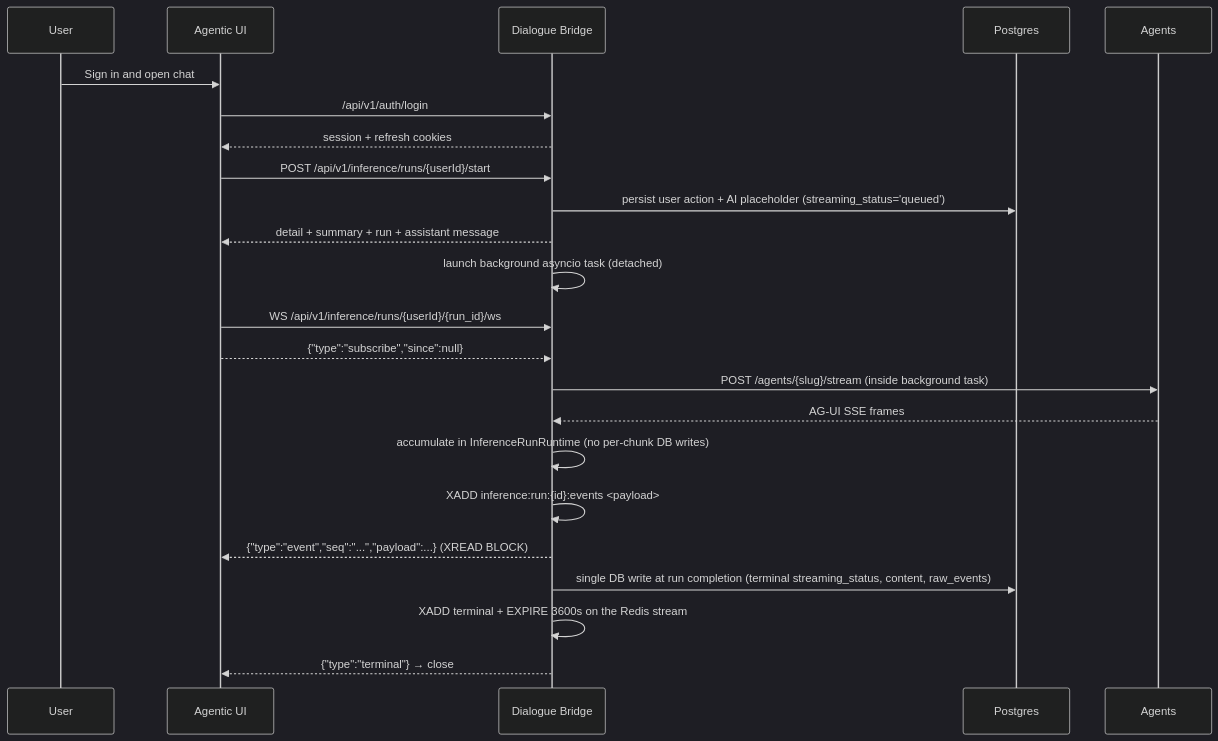
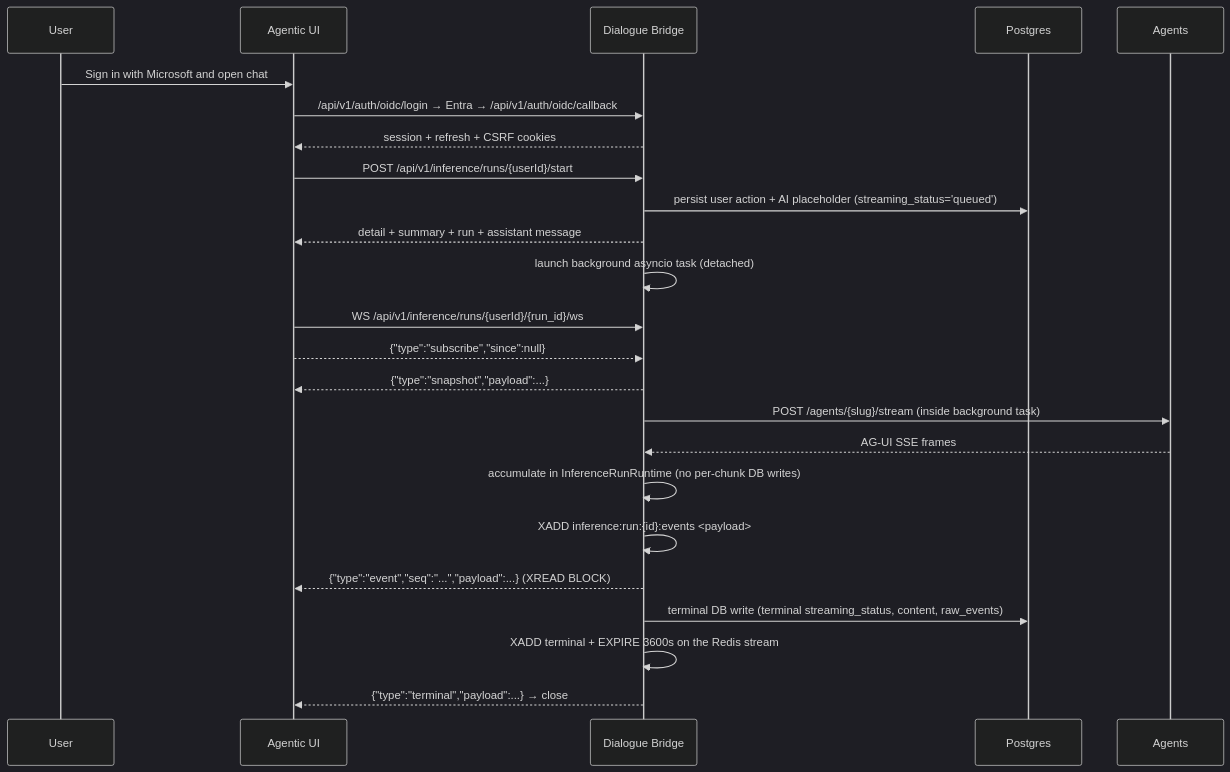
The third of 10 diagrams in README.md (konstantinosmpouros/mAgenticX), drawn with Mermaid (dark theme) before and after one commit. The commit also changed other lines of this file and 7 other files, not shown here.

````diff
--- a/README.md
+++ b/README.md
@@ -116,26 +140,27 @@
 ```mermaid
 sequenceDiagram
     participant U as User
     participant UI as Agentic UI
     participant B as Dialogue Bridge
     participant P as Postgres
     participant A as Agents
 
-    U->>UI: Sign in and open chat
-    UI->>B: /api/v1/auth/login
-    B-->>UI: session + refresh cookies
+    U->>UI: Sign in with Microsoft and open chat
+    UI->>B: /api/v1/auth/oidc/login → Entra → /api/v1/auth/oidc/callback
+    B-->>UI: session + refresh + CSRF cookies
     UI->>B: POST /api/v1/inference/runs/{userId}/start
     B->>P: persist user action + AI placeholder (streaming_status='queued')
     B-->>UI: detail + summary + run + assistant message
     B->>B: launch background asyncio task (detached)
     UI->>B: WS /api/v1/inference/runs/{userId}/{run_id}/ws
     UI-->>B: {"type":"subscribe","since":null}
+    B-->>UI: {"type":"snapshot","payload":...}
     B->>A: POST /agents/{slug}/stream (inside background task)
     A-->>B: AG-UI SSE frames
     B->>B: accumulate in InferenceRunRuntime (no per-chunk DB writes)
     B->>B: XADD inference:run:{id}:events <payload>
     B-->>UI: {"type":"event","seq":"...","payload":...} (XREAD BLOCK)
-    B->>P: single DB write at run completion (terminal streaming_status, content, raw_events)
+    B->>P: terminal DB write (terminal streaming_status, content, raw_events)
     B->>B: XADD terminal + EXPIRE 3600s on the Redis stream
-    B-->>UI: {"type":"terminal"} → close
+    B-->>UI: {"type":"terminal","payload":...} → close
 ```
````
